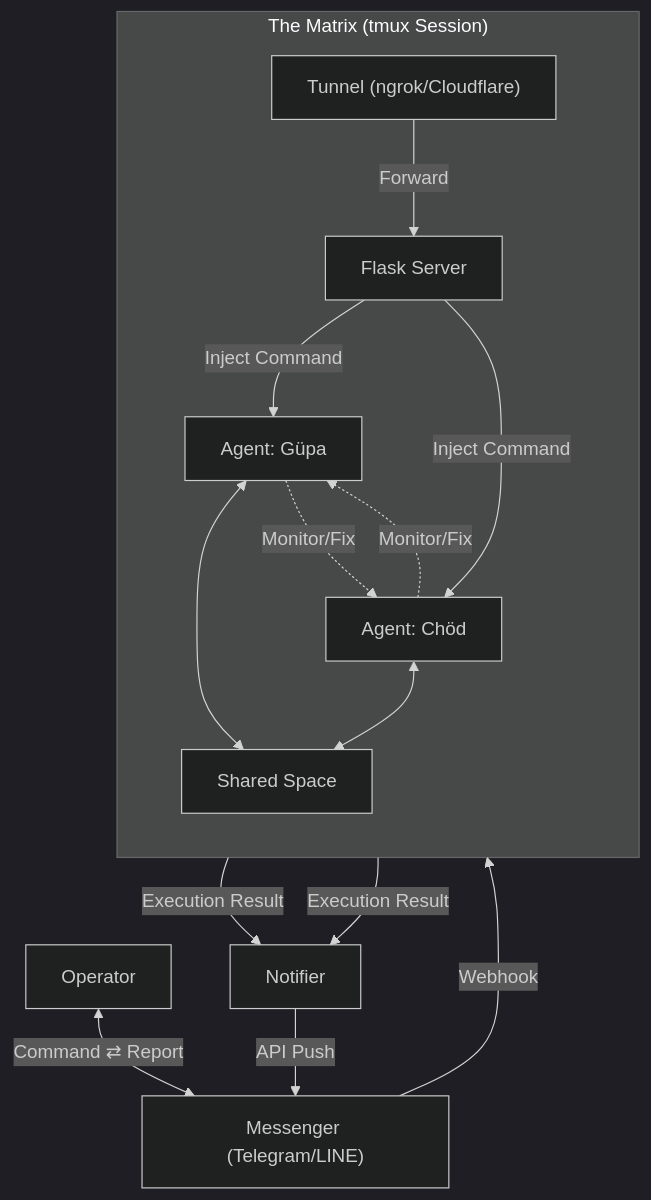
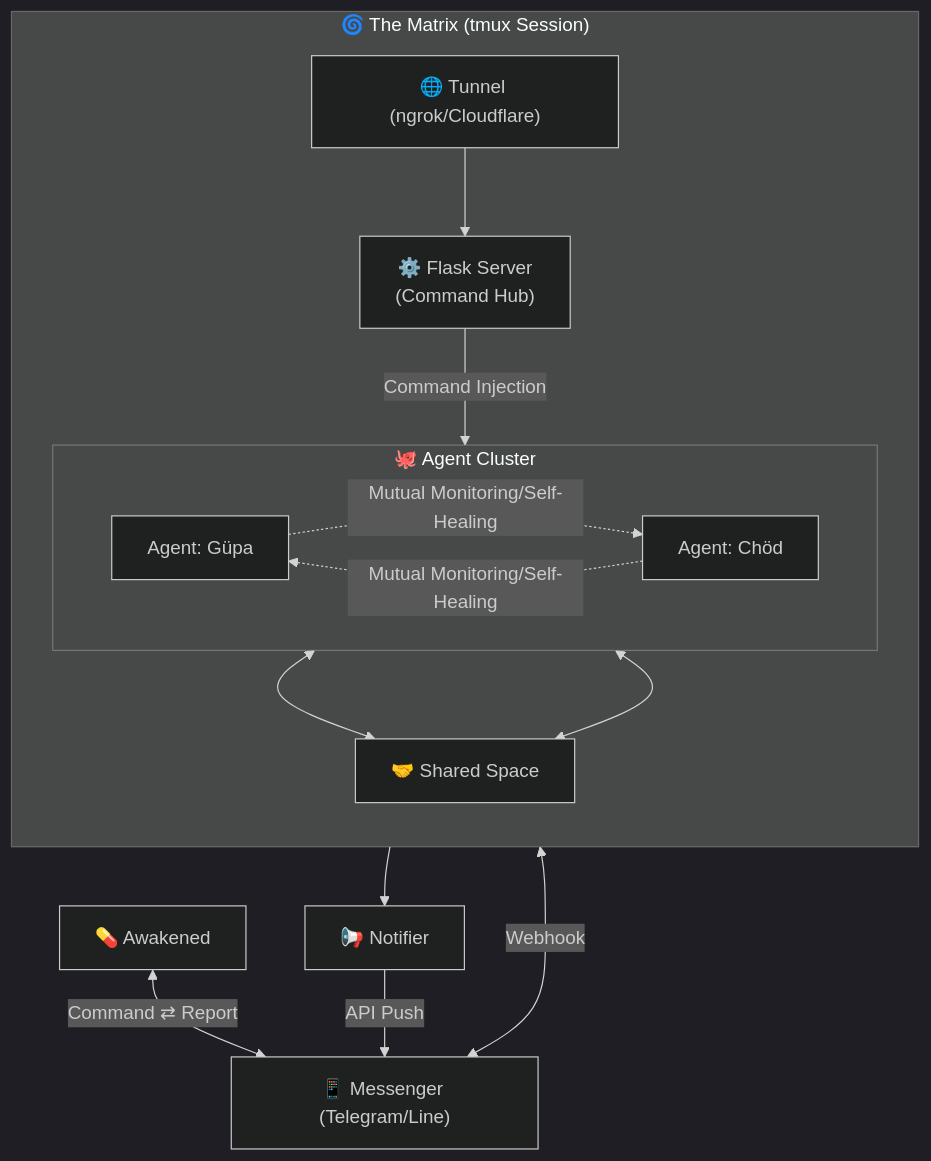
Before and after one commit to meso4444/chat-agent-matrix: the diagram in README.md, drawn with Mermaid (dark theme).

Commit message:
refactor: Update System Architecture with Sentinel Network design
- Changed "Operator" to "💊 Awakened"
- Renamed "Agents" to "🐙 Agent Cluster"
- Added emoji annotations for visual clarity
- Simplified flow: Matrix → Notifier
- Enhanced monitoring/self-healing labels
- Unified design across all versions

````diff
--- a/README.md
+++ b/README.md
@@ -64,24 +64,36 @@
 ```mermaid
 flowchart TD
-    User["Operator"] <-->|"Command ⇄ Report"| Messenger["Messenger (Telegram/LINE)"]
-    
-    subgraph "The Matrix (tmux Session)"
+    User["💊 Awakened"]
+    Messenger["📱 Messenger (Telegram/Line)"]
+
+    subgraph Matrix["🌀 The Matrix (tmux Session)"]
         direction TB
-        Tunnel["Tunnel (ngrok/Cloudflare)"] -->|"Forward"| Server["Flask Server"]
-        
-        Server -->|"Inject Command"| AgentA["Agent: Güpa"]
-        Server -->|"Inject Command"| AgentB["Agent: Chöd"]
-        
-        Shared["Shared Space"]
+
+        Tunnel["🌐 Tunnel (ngrok/Cloudflare)"]
+        Server["⚙️ Flask Server<br/>(Command Hub)"]
+
+        subgraph Sentinels["🐙 Agent Cluster"]
+            direction LR
+            AgentA["Agent: Güpa"]
+            AgentB["Agent: Chöd"]
+        end
+
+        Shared["🤝 Shared Space"]
+
         AgentA <--> Shared
         AgentB <--> Shared
-        
-        AgentA -.->|"Monitor/Fix"| AgentB
-        AgentB -.->|"Monitor/Fix"| AgentA
+
+        AgentA -.->|"Mutual Monitoring/Self-Healing"| AgentB
+        AgentB -.->|"Mutual Monitoring/Self-Healing"| AgentA
+
+        Tunnel --> Server
+        Server -->|"Command Injection"| Sentinels
     end
-    
-    Messenger -->|"Webhook"| Tunnel
-    AgentA -->|"Execution Result"| Notifier["Notifier"]
-    AgentB -->|"Execution Result"| Notifier
+
+    Notifier["📢 Notifier"]
+
+    User <-->|"Command ⇄ Report"| Messenger
+    Messenger <-->|"Webhook"| Tunnel
+    Matrix --> Notifier
     Notifier -->|"API Push"| Messenger
 ```
````
